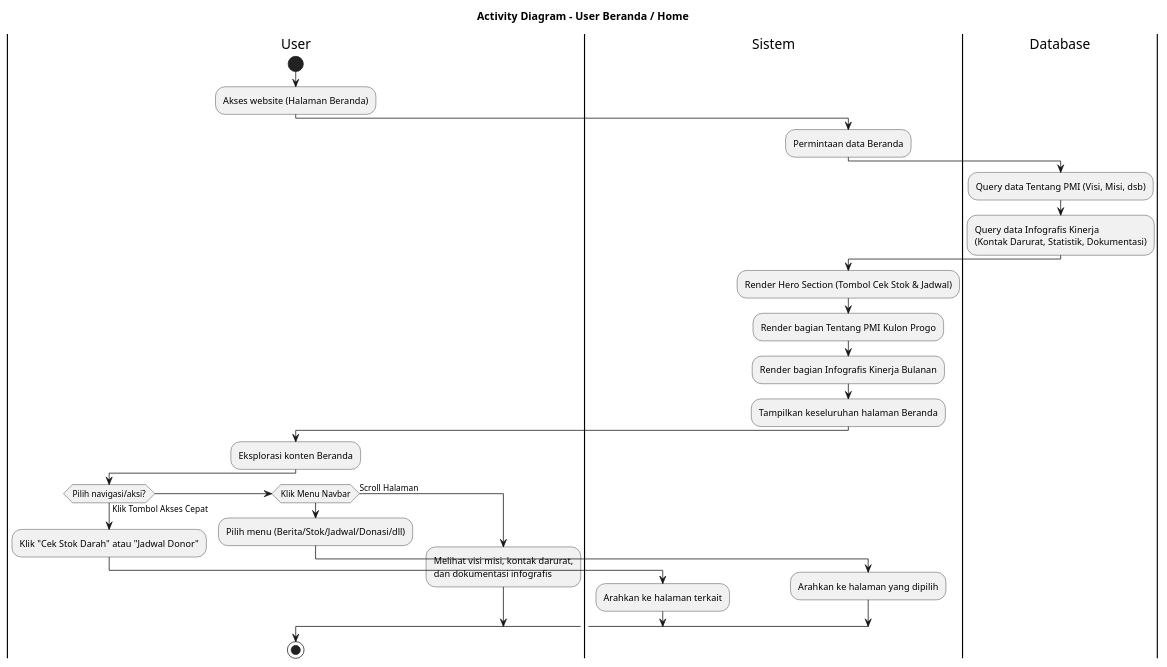
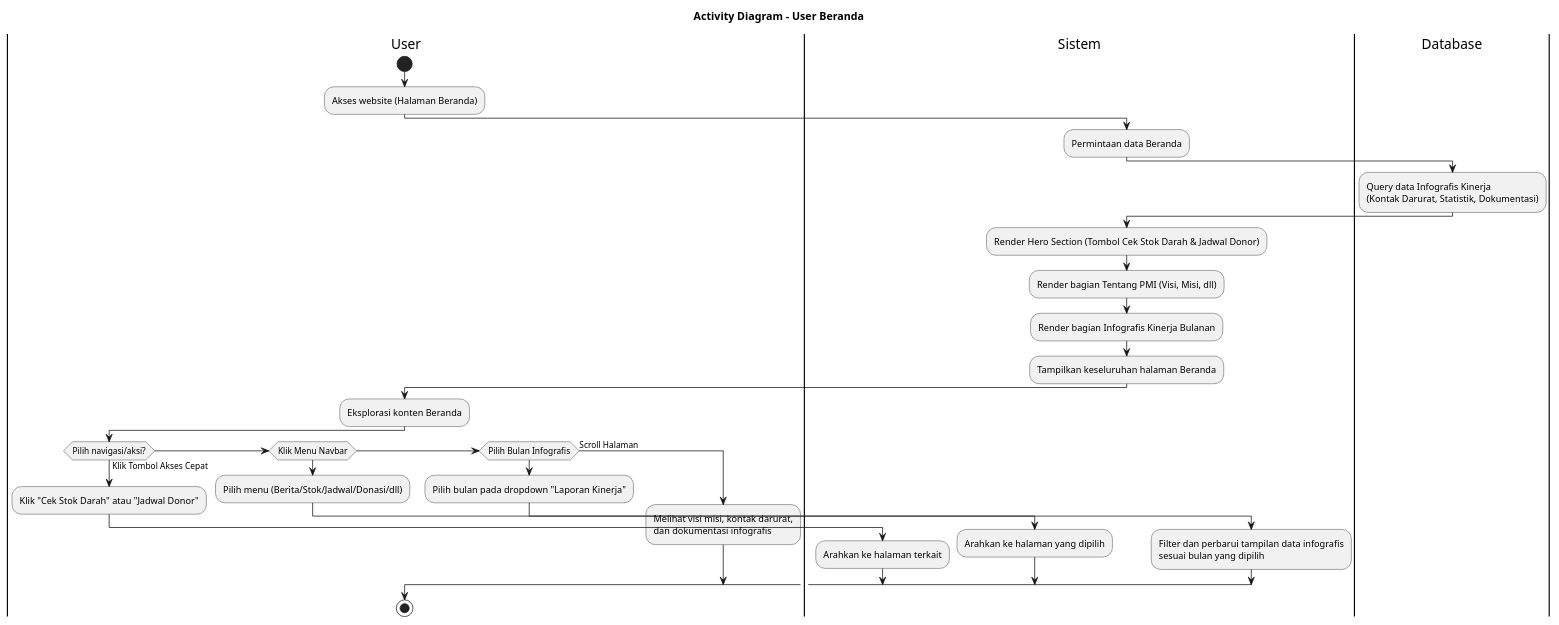
Before and after one commit to jaddu17/capstonepmikp: the diagram in diagram/activitydiagram_user_home.puml, drawn with PlantUML. The commit also changed 11 other files, not shown here.

Commit message:
perubahan activity diagram user(beranda, stok darah, info donor, jadwal donor, berita, donasi, kontak

```diff
--- a/diagram/activitydiagram_user_home.puml
+++ b/diagram/activitydiagram_user_home.puml
@@ -1,43 +1,48 @@
 @startuml ACTIVITY_DIAGRAM_USER_HOME
-title Activity Diagram - User Beranda / Home
+title Activity Diagram - User Beranda
 
 |User|
 start
 :Akses website (Halaman Beranda);
 
 |Sistem|
 :Permintaan data Beranda;
 
 |Database|
-:Query data Tentang PMI (Visi, Misi, dsb);
 :Query data Infografis Kinerja 
 (Kontak Darurat, Statistik, Dokumentasi);
 
 |Sistem|
-:Render Hero Section (Tombol Cek Stok & Jadwal);
-:Render bagian Tentang PMI Kulon Progo;
+:Render Hero Section (Tombol Cek Stok Darah & Jadwal Donor);
+:Render bagian Tentang PMI (Visi, Misi, dll);
 :Render bagian Infografis Kinerja Bulanan;
 :Tampilkan keseluruhan halaman Beranda;
 
 |User|
 :Eksplorasi konten Beranda;
 
 if (Pilih navigasi/aksi?) then (Klik Tombol Akses Cepat)
   :Klik "Cek Stok Darah" atau "Jadwal Donor";
   |Sistem|
   :Arahkan ke halaman terkait;
 else if (Klik Menu Navbar)
   |User|
   :Pilih menu (Berita/Stok/Jadwal/Donasi/dll);
   |Sistem|
   :Arahkan ke halaman yang dipilih;
+else if (Pilih Bulan Infografis)
+  |User|
+  :Pilih bulan pada dropdown "Laporan Kinerja";
+  |Sistem|
+  :Filter dan perbarui tampilan data infografis 
+  sesuai bulan yang dipilih;
 else (Scroll Halaman)
   |User|
   :Melihat visi misi, kontak darurat, 
   dan dokumentasi infografis;
 endif
 
 |User|
 stop
 
 @enduml
```
